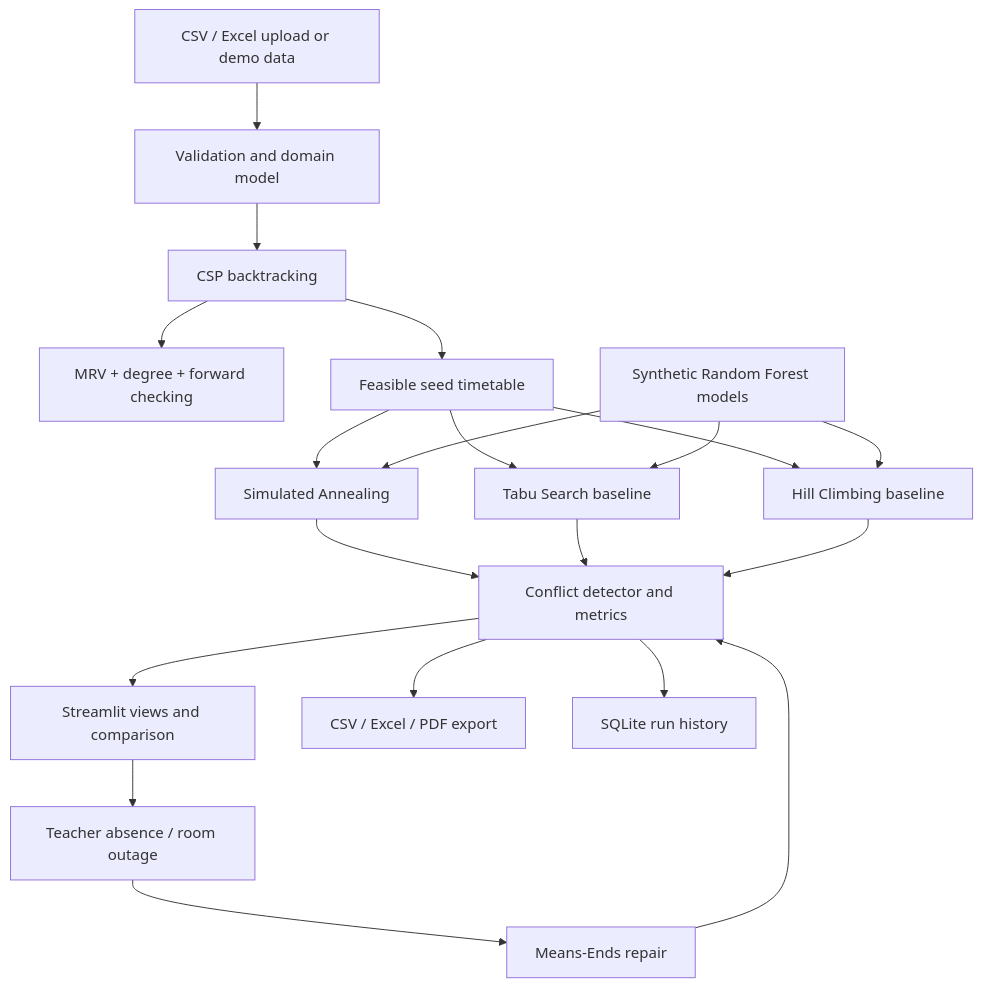
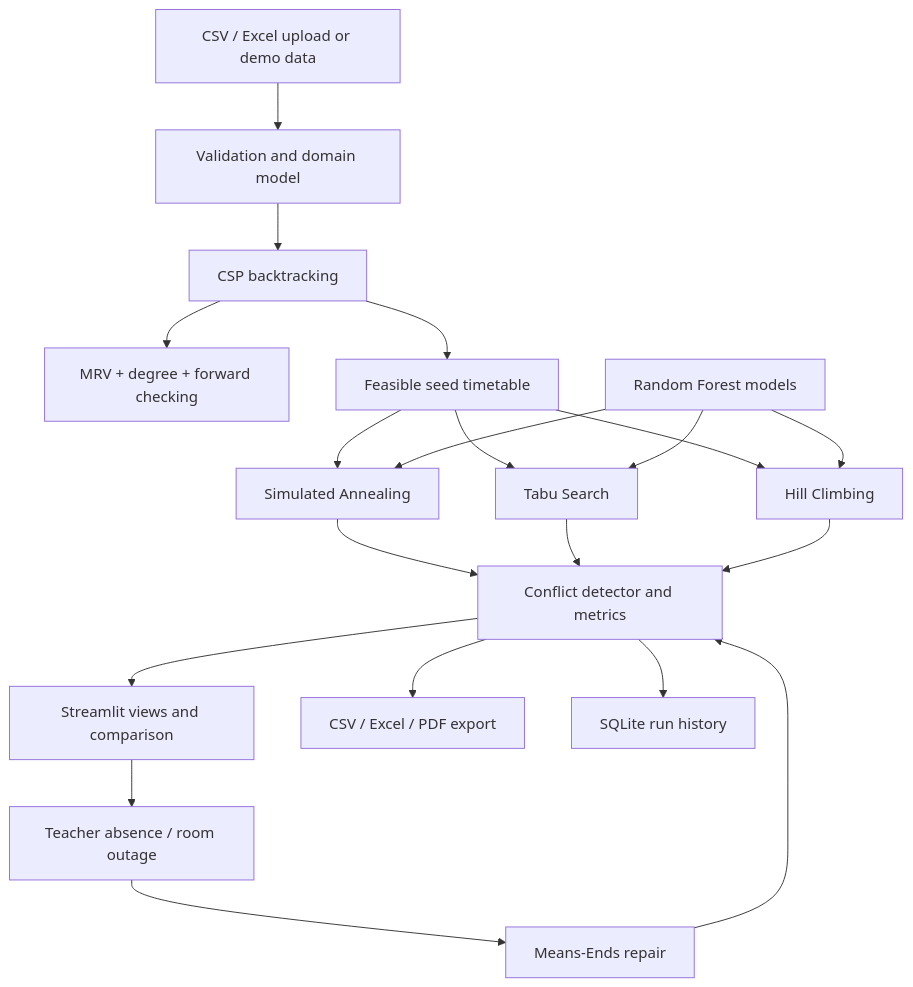
One commit to jasim-AIprj/IntelliSchedule-AI changed the diagram in README.md. Above: the diagram before and after it, drawn with Mermaid. The commit also changed other lines of this file, not shown here.

````diff
--- a/README.md
+++ b/README.md
@@ -82,22 +81,22 @@
 ```mermaid
 flowchart TD
     A[CSV / Excel upload or demo data] --> B[Validation and domain model]
     B --> C[CSP backtracking]
     C --> C1[MRV + degree + forward checking]
     C --> D[Feasible seed timetable]
     D --> E[Simulated Annealing]
-    D --> F[Tabu Search baseline]
-    D --> G[Hill Climbing baseline]
-    H[Synthetic Random Forest models] --> E
+    D --> F[Tabu Search]
+    D --> G[Hill Climbing]
+    H[Random Forest models] --> E
     H --> F
     H --> G
     E --> I[Conflict detector and metrics]
     F --> I
     G --> I
     I --> J[Streamlit views and comparison]
     I --> K[CSV / Excel / PDF export]
     I --> L[SQLite run history]
     M[Teacher absence / room outage] --> N[Means-Ends repair]
     J --> M
     N --> I
 ```
````
